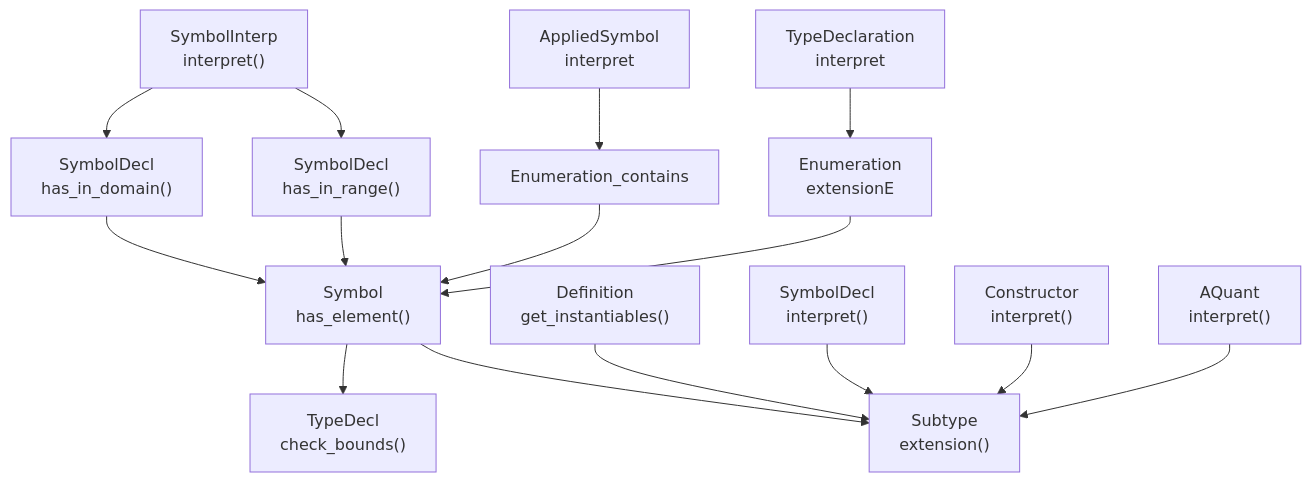
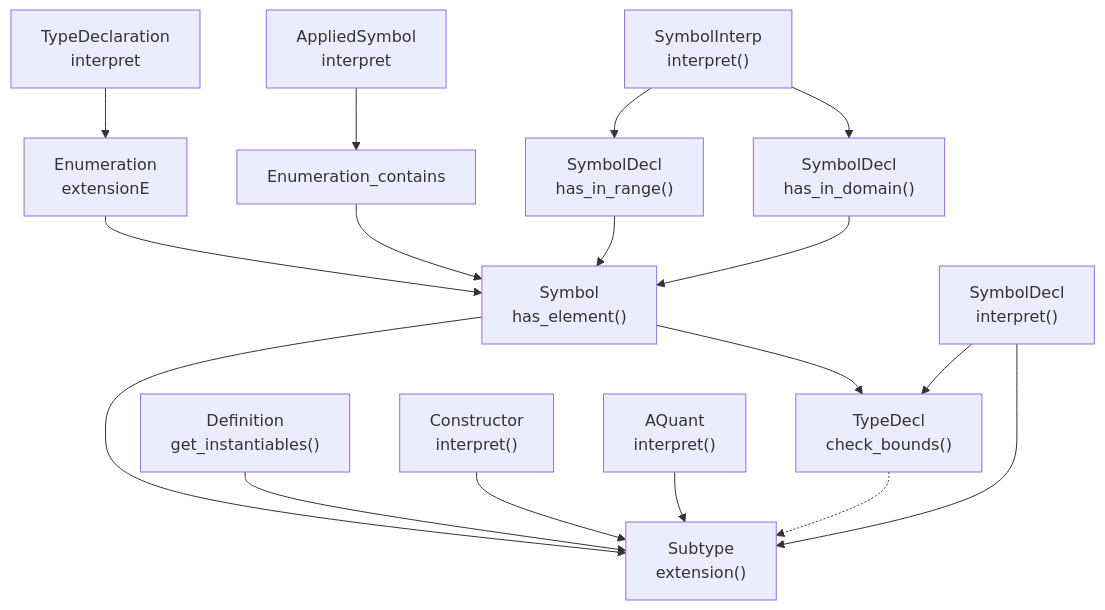
Before and after one commit to Sobhangh/IDP-Z3: the diagram in docs/zettlr/Partial function.md, drawn with Mermaid. The commit also changed other lines of this file and 3 other files, not shown here.

````diff
--- a/docs/zettlr/Partial function.md
+++ b/docs/zettlr/Partial function.md
@@ -31,16 +32,17 @@
 ```mermaid
 flowchart TD
 	Symbol_has_element["Symbol<br/>has_element()"] --> TypeDecl_check_bounds["TypeDecl<br/>check_bounds()"];
 	SymbolInterpretation_interpret["SymbolInterp<br/>interpret()"] --> SymbolDeclaration_has_in_domain["SymbolDecl<br/>has_in_domain()"];
 	SymbolInterpretation_interpret --> SymbolDeclaration_has_in_range["SymbolDecl<br/>has_in_range()"];
 	SymbolDeclaration_has_in_domain --> Symbol_has_element;
 	SymbolDeclaration_has_in_range --> Symbol_has_element;
 	Enumeration_contains --> Symbol_has_element;
 	Definition_get_instantiables["Definition<br/>get_instantiables()"] --> Subtype_extension["Subtype<br/>extension()"];
 	Symbol_has_element --> Subtype_extension;
 	SymbolDeclaration_interpret["SymbolDecl<br/>interpret()"] --> Subtype_extension;
 	Constructor_interpret["Constructor<br/>interpret()"] --> Subtype_extension;
 	AQuantification_interpret["AQuant<br/>interpret()"] --> Subtype_extension;
 	AppliedSymbol_interpret[AppliedSymbol<br/>interpret] --> Enumeration_contains;
 	TypeDeclaration_interpret[TypeDeclaration<br/>interpret] --> Enumeration_extensionE[Enumeration<br/>extensionE] --> Symbol_has_element;
+	SymbolDeclaration_interpret --> TypeDecl_check_bounds -.-> Subtype_extension;
 ```
````
